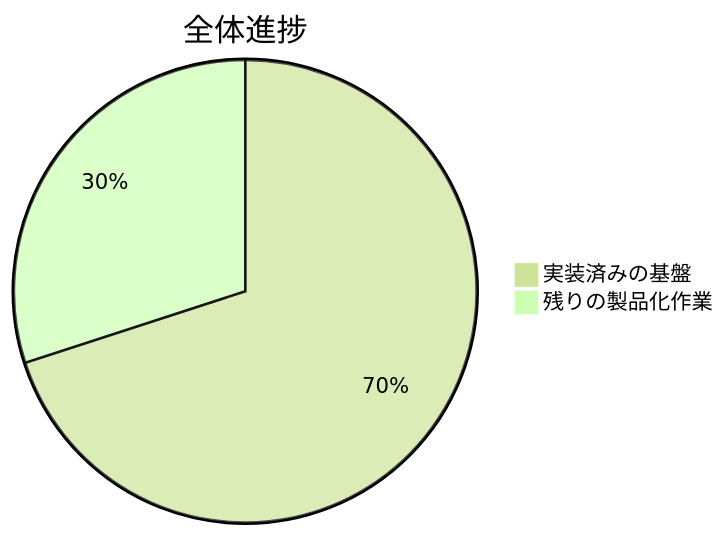
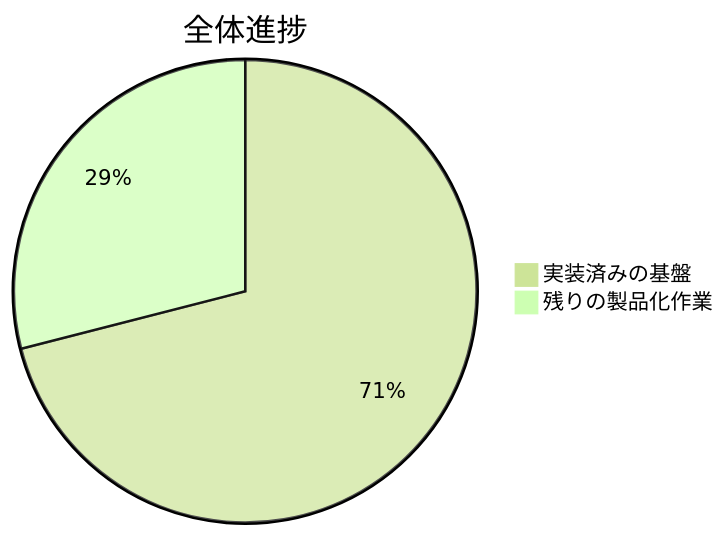
Before and after one commit to lingmulongtai/GlyphRay: the first of 5 diagrams in README.ja.md, drawn with Mermaid (forest theme). The commit also changed other lines of this file and 10 other files, not shown here.

````diff
--- a/README.ja.md
+++ b/README.ja.md
@@ -15,5 +15,5 @@
 ```mermaid
 pie title 全体進捗
-  "実装済みの基盤" : 70
-  "残りの製品化作業" : 30
+  "実装済みの基盤" : 71
+  "残りの製品化作業" : 29
 ```
````
